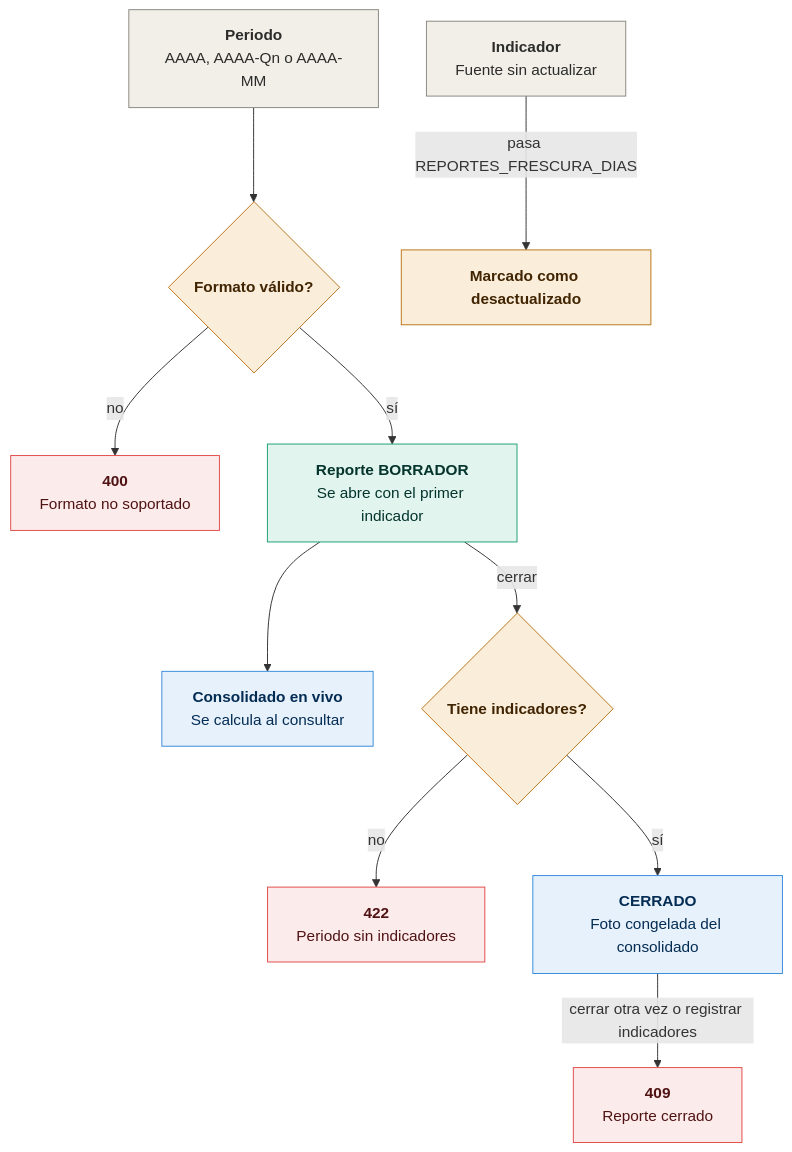
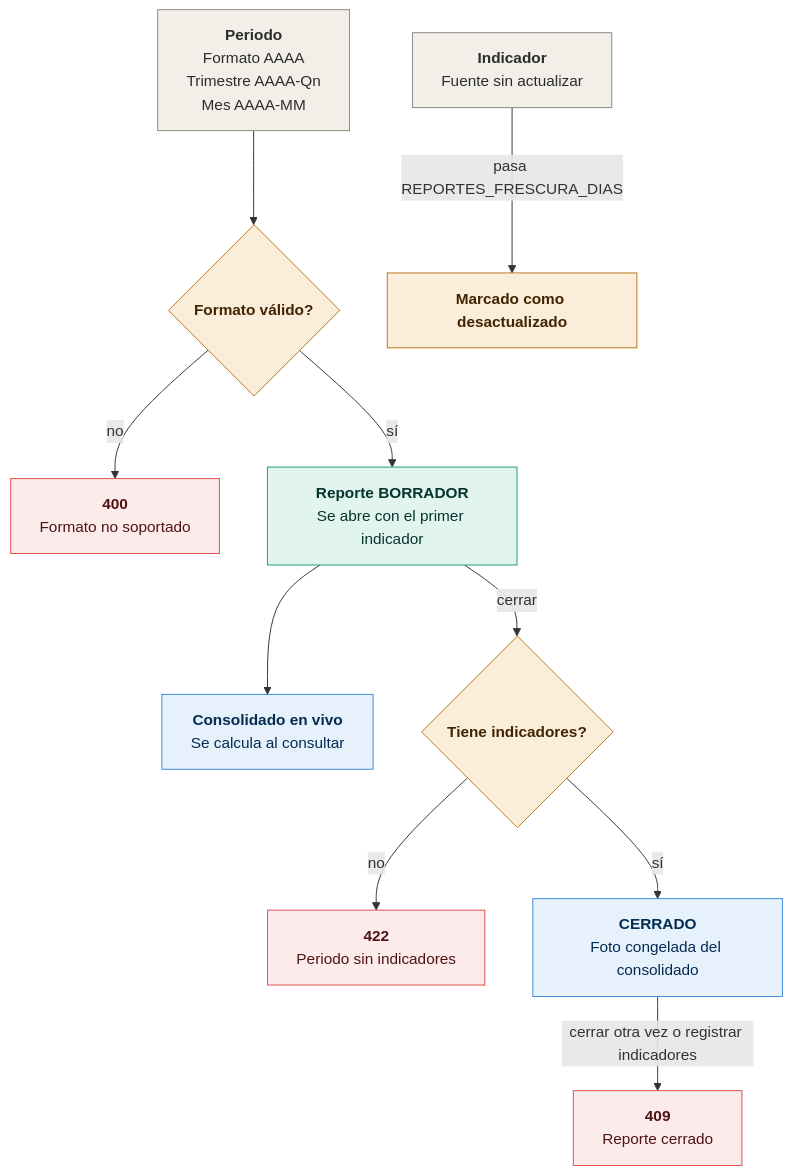
Before and after one commit to josesaid/EMPRESA_JOSESAID: the diagram in reportes-ejecutivos-ms/docs/diagramas/01-reglas-de-estado.mmd, drawn with Mermaid. The commit also changed 1 other file, not shown here.

Commit message:
docs(reportes): ajusta la etiqueta de periodo en el diagrama de reglas de estado
Claude-Session: https://claude.ai/code/session_01QDKu8QPGbTqSWtHiDCncub

```diff
--- a/reportes-ejecutivos-ms/docs/diagramas/01-reglas-de-estado.mmd
+++ b/reportes-ejecutivos-ms/docs/diagramas/01-reglas-de-estado.mmd
@@ -1,16 +1,16 @@
 flowchart TD
-  A["<b>Periodo</b><br/>AAAA, AAAA-Qn o AAAA-MM"]:::actor --> B{"<b>Formato válido?</b>"}:::pendiente
+  A["<b>Periodo</b><br/>Formato AAAA<br/>Trimestre AAAA-Qn<br/>Mes AAAA-MM"]:::actor --> B{"<b>Formato válido?</b>"}:::pendiente
   B -- "no" --> C["<b>400</b><br/>Formato no soportado"]:::alerta
   B -- "sí" --> D["<b>Reporte BORRADOR</b><br/>Se abre con el primer indicador"]:::servicio
   D --> E["<b>Consolidado en vivo</b><br/>Se calcula al consultar"]:::datos
   D -- "cerrar" --> F{"<b>Tiene indicadores?</b>"}:::pendiente
   F -- "no" --> G["<b>422</b><br/>Periodo sin indicadores"]:::alerta
   F -- "sí" --> H["<b>CERRADO</b><br/>Foto congelada del consolidado"]:::datos
   H -- "cerrar otra vez o registrar indicadores" --> I["<b>409</b><br/>Reporte cerrado"]:::alerta
   J["<b>Indicador</b><br/>Fuente sin actualizar"]:::actor -- "pasa REPORTES_FRESCURA_DIAS" --> K["<b>Marcado como desactualizado</b>"]:::pendiente
 
   classDef actor fill:#F1EFE8,stroke:#888780,color:#2C2C2A
   classDef servicio fill:#E1F5EE,stroke:#1D9E75,color:#04342C
   classDef datos fill:#E6F1FB,stroke:#378ADD,color:#042C53
   classDef alerta fill:#FCEBEB,stroke:#E24B4A,color:#501313
   classDef pendiente fill:#FAEEDA,stroke:#BA7517,color:#412402
```
